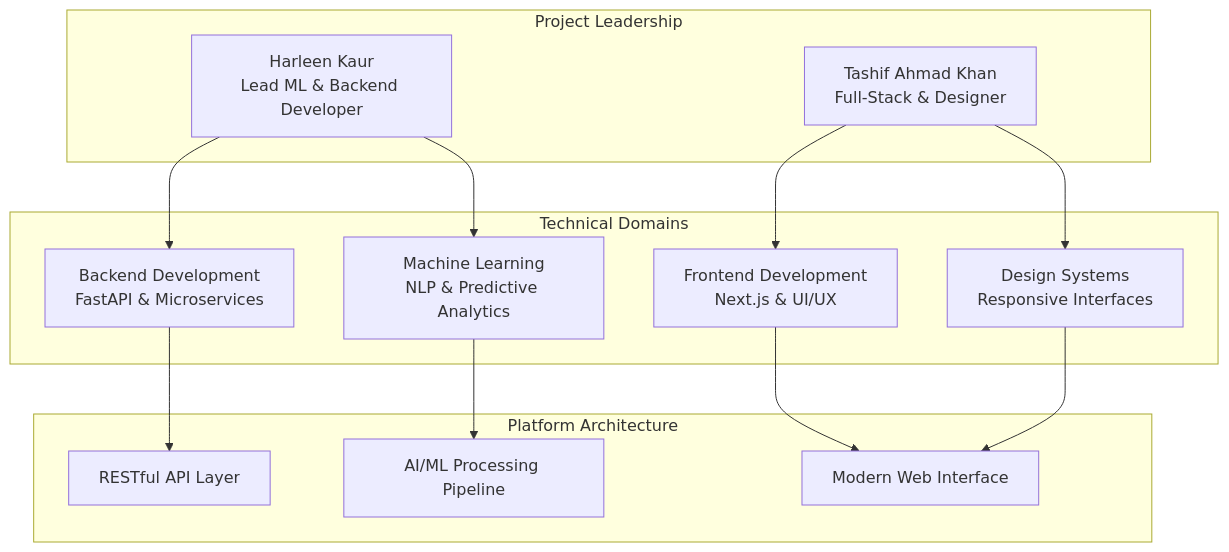
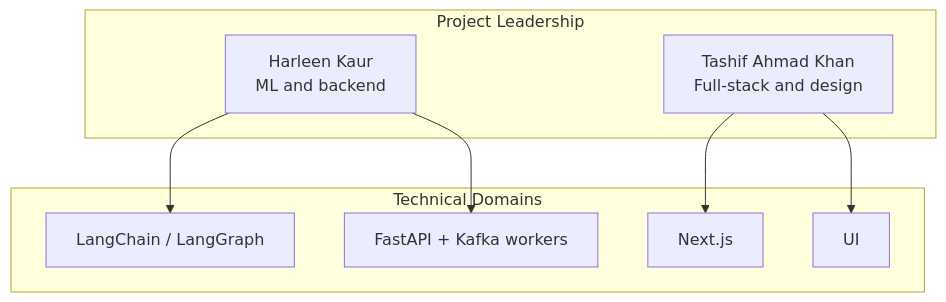
The first of 3 diagrams in src/data/docs/talentsync/Project Overview/Team and Acknowledgments.md (tashifkhan/tashif.codes), drawn with Mermaid before and after one commit. The commit also changed other lines of this file and 2128 other files, not shown here.

First line of the commit message:
docs: replace raster diagram images with native Mermaid across project guides

````diff
--- a/src/data/docs/talentsync/Project Overview/Team and Acknowledgments.md
+++ b/src/data/docs/talentsync/Project Overview/Team and Acknowledgments.md
@@ -25,26 +19,17 @@
 ```mermaid
 graph TB
 subgraph "Project Leadership"
-HK["Harleen Kaur<br/>Lead ML & Backend Developer"]
-TAK["Tashif Ahmad Khan<br/>Full-Stack & Designer"]
+HK["Harleen Kaur<br/>ML and backend"]
+TAK["Tashif Ahmad Khan<br/>Full-stack and design"]
 end
 subgraph "Technical Domains"
-ML["Machine Learning<br/>NLP & Predictive Analytics"]
-BD["Backend Development<br/>FastAPI & Microservices"]
-FD["Frontend Development<br/>Next.js & UI/UX"]
-DS["Design Systems<br/>Responsive Interfaces"]
+ML["LangChain / LangGraph"]
+BD["FastAPI + Kafka workers"]
+FD["Next.js"]
+DS["UI"]
 end
 HK --> ML
 HK --> BD
 TAK --> FD
 TAK --> DS
-subgraph "Platform Architecture"
-API["RESTful API Layer"]
-ML_PIPE["AI/ML Processing Pipeline"]
-UI["Modern Web Interface"]
-end
-BD --> API
-ML --> ML_PIPE
-FD --> UI
-DS --> UI
 ```
````
